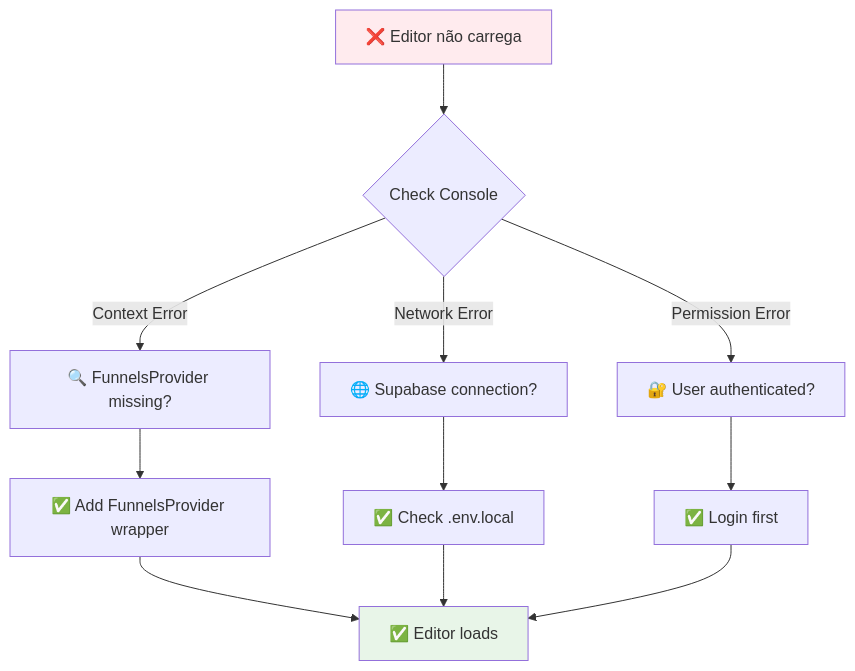
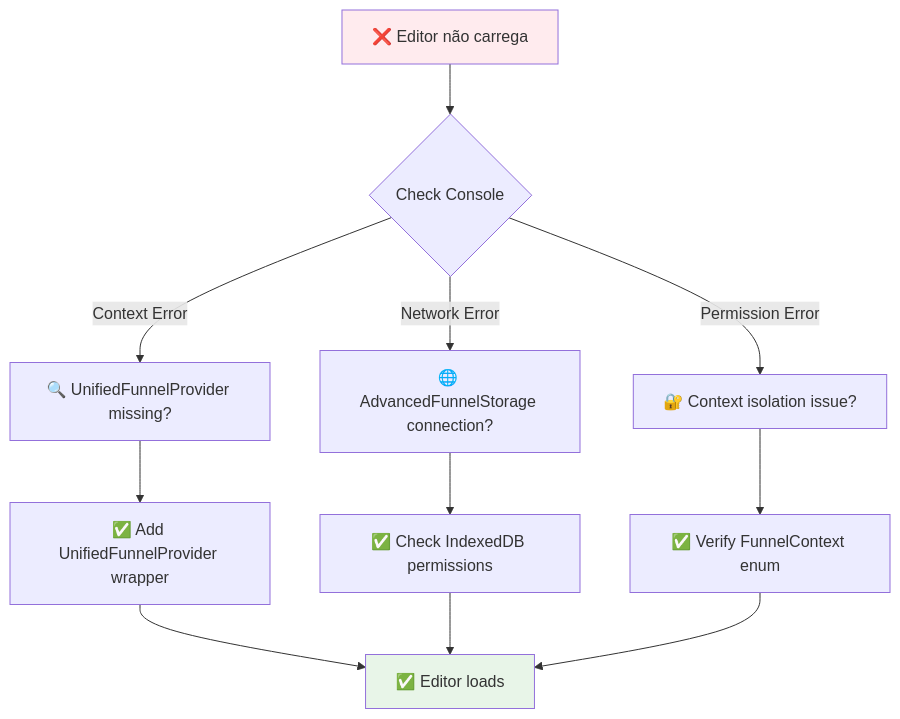
One commit to giselegal/quiz-flow-pro-verso-03342 changed the eighth of 15 diagrams in docs/FUNNEL_ONBOARDING_FLOWCHARTS.md. Above: the diagram before and after it, drawn with Mermaid. The commit also changed other lines of this file and 1 other file, not shown here.

````diff
--- a/docs/FUNNEL_ONBOARDING_FLOWCHARTS.md
+++ b/docs/FUNNEL_ONBOARDING_FLOWCHARTS.md
@@ -266,19 +266,19 @@
 ```mermaid
 graph TD
     A[❌ Editor não carrega] --> B{Check Console}
     
-    B -->|Context Error| C[🔍 FunnelsProvider missing?]
-    B -->|Network Error| D[🌐 Supabase connection?]
-    B -->|Permission Error| E[🔐 User authenticated?]
+    B -->|Context Error| C[🔍 UnifiedFunnelProvider missing?]
+    B -->|Network Error| D[🌐 AdvancedFunnelStorage connection?]
+    B -->|Permission Error| E[🔐 Context isolation issue?]
     
-    C --> C1[✅ Add FunnelsProvider wrapper]
-    D --> D1[✅ Check .env.local]
-    E --> E1[✅ Login first]
+    C --> C1[✅ Add UnifiedFunnelProvider wrapper]
+    D --> D1[✅ Check IndexedDB permissions]
+    E --> E1[✅ Verify FunnelContext enum]
     
     C1 --> F[✅ Editor loads]
     D1 --> F
     E1 --> F
     
     style A fill:#ffebee
     style F fill:#e8f5e8
 ```
````
